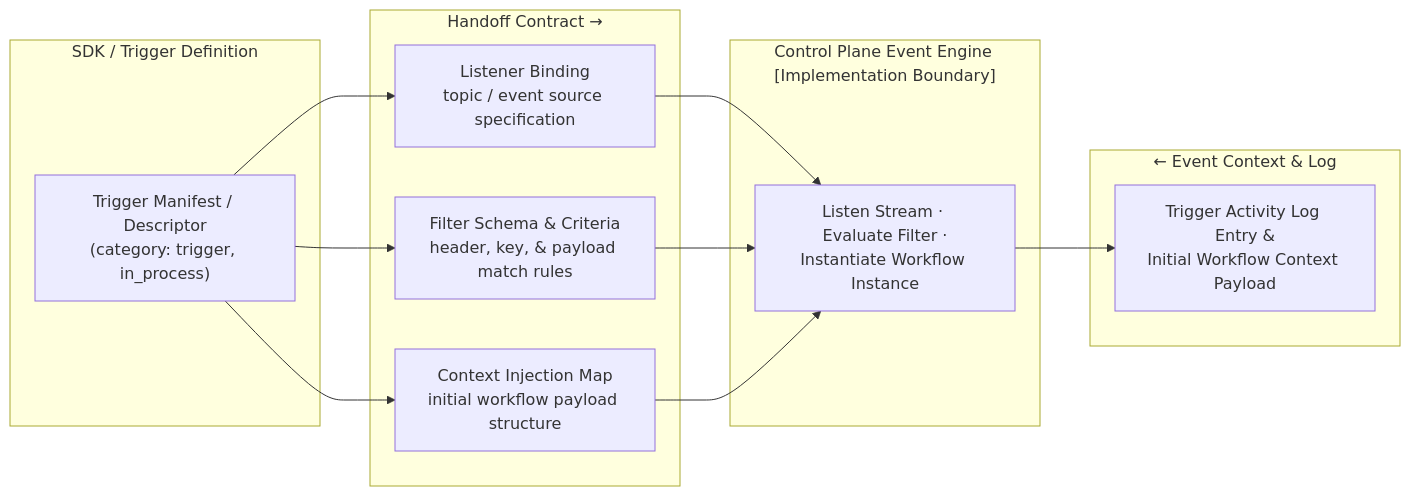
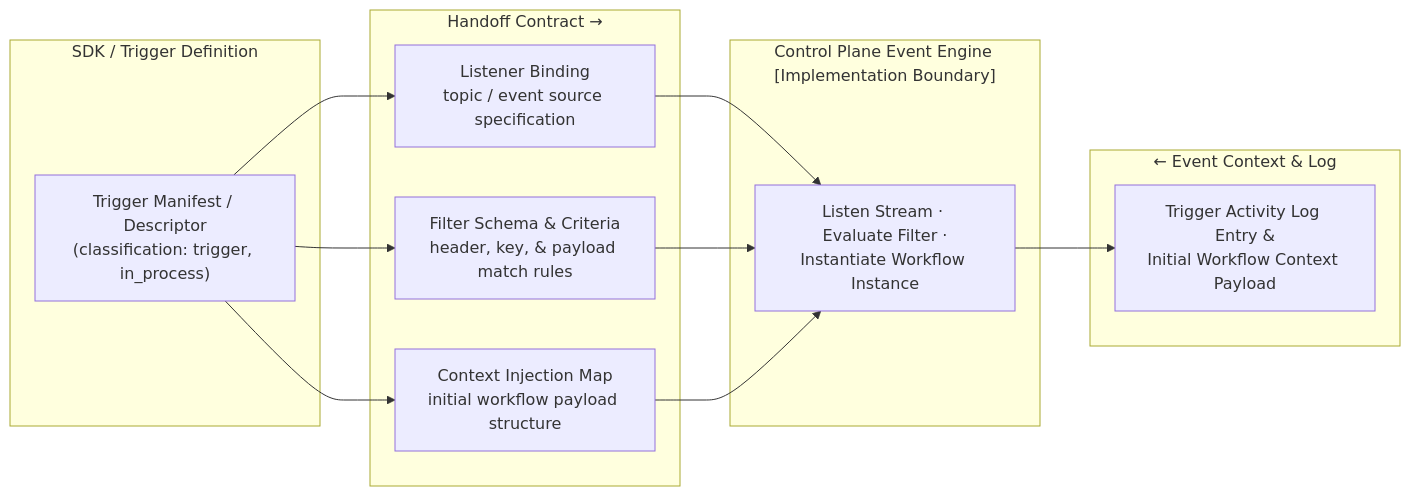
One commit to syntara-orchestration/syntara-node-sdk changed the sixth of 8 diagrams in docs/architecture.md. Above: the diagram before and after it, drawn with Mermaid. The commit also changed other lines of this file and 68 other files, not shown here.

````diff
--- a/docs/architecture.md
+++ b/docs/architecture.md
@@ -509,25 +511,25 @@
 ```mermaid
 graph LR
     subgraph SDK["SDK / Trigger Definition"]
-        TRIG_DESC["Trigger Manifest / Descriptor<br />(category: trigger, in_process)"]
+        TRIG_DESC["Trigger Manifest / Descriptor<br />(classification: trigger, in_process)"]
     end
 
     subgraph HANDOFF["Handoff Contract →"]
         H1["Listener Binding<br />topic / event source specification"]
         H2["Filter Schema & Criteria<br />header, key, & payload match rules"]
         H3["Context Injection Map<br />initial workflow payload structure"]
     end
 
     subgraph CONTROL["Control Plane Event Engine<br />[Implementation Boundary]"]
         EXEC["Listen Stream · Evaluate Filter ·<br />Instantiate Workflow Instance"]
     end
 
     subgraph RETURN["← Event Context & Log"]
         OUT["Trigger Activity Log Entry &<br />Initial Workflow Context Payload"]
     end
 
     TRIG_DESC --> H1 --> EXEC
     TRIG_DESC --> H2 --> EXEC
     TRIG_DESC --> H3 --> EXEC
     EXEC --> OUT
 ```
````
